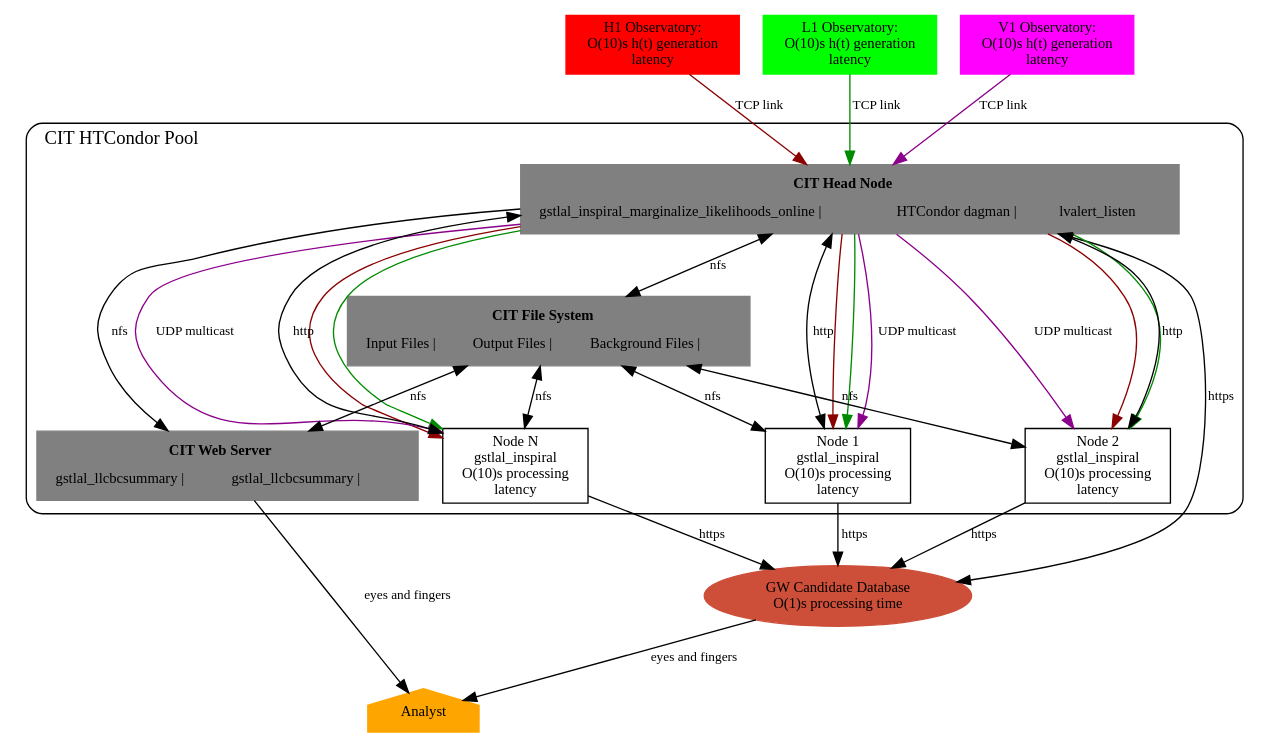
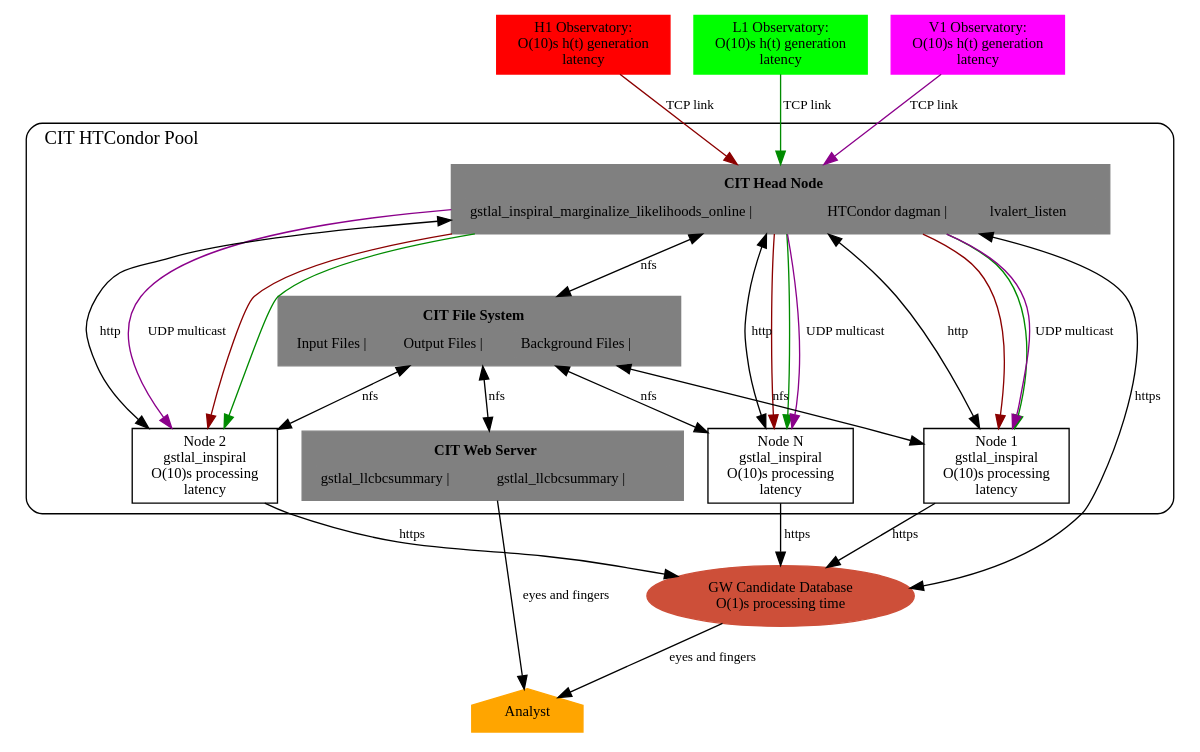
One commit to ElsevierSoftwareX/SOFTX_2020_238 changed the diagram in gstlal-inspiral/doc/pages/images/llpipe.dot. Above: the diagram before and after it, drawn with Graphviz.

Commit message:
llpipe.dot: fix incorrect link

```diff
--- a/gstlal-inspiral/doc/pages/images/llpipe.dot
+++ b/gstlal-inspiral/doc/pages/images/llpipe.dot
@@ -1,95 +1,94 @@
 digraph llpipe {
 	graph [fontname="Roman", fontsize=11];
 	edge [ fontname="Roman", fontsize=10 ];
 	node [fontname="Roman", shape=box, fontsize=11];
 
 	H1 [label="H1 Observatory:\nO(10)s h(t) generation\nlatency", color=red1, style=filled];
 	L1 [label="L1 Observatory:\nO(10)s h(t) generation\nlatency", color=green1, style=filled];
 	V1 [label="V1 Observatory:\nO(10)s h(t) generation\nlatency", color=magenta1, style=filled];
 
 	HeadNode [
 		style=filled, color=grey,
 		label = <<TABLE>
 			<TR><TD colspan="3"><B>CIT Head Node</B></TD></TR>
          		<TR>
 				<TD href="\ref gstlal_inspiral_marginalize_likelihoods_online"> gstlal_inspiral_marginalize_likelihoods_online | </TD>
 				<TD> HTCondor dagman | </TD>
 				<TD> lvalert_listen </TD>
 			</TR>
         		</TABLE>>
 		]
 
 	WebServer [
 		style=filled, color=grey,
 		label = <<TABLE>
 			<TR><TD colspan="3"><B>CIT Web Server</B></TD></TR>
          		<TR>
 				<TD href="\ref gstlal_llcbcsummary"> gstlal_llcbcsummary | </TD>
 				<TD href="\ref gstlal_llcbcnode"> gstlal_llcbcsummary | </TD>
 			</TR>
         		</TABLE>>
 		];
 
 	HomeDir [
 		style=filled, color=grey,
 		label = <<TABLE>
 			<TR><TD colspan="3"><B>CIT File System</B></TD></TR>
          		<TR>
 				<TD> Input Files | </TD>
 				<TD> Output Files | </TD>
 				<TD> Background Files | </TD>
 			</TR>
         		</TABLE>>
 		];
 
 	gracedb [label="GW Candidate Database\nO(1)s processing time", shape=oval, color=tomato3, style=filled];
 
 	H1 -> HeadNode [label="TCP link", color=red4];
 	L1 -> HeadNode [label="TCP link", color=green4];
 	V1 -> HeadNode [label="TCP link", color=magenta4];
 
 	Analyst [shape=house, style=filled, color=orange, URL="http://tinyurl.com/cgxkc25"];
 
 	subgraph clusterCIT { 
 
 		label="CIT HTCondor Pool";
 		fontsize = 14;
 		style=rounded;
 		labeljust="l";
 
 		Node1 [label="Node 1\ngstlal_inspiral\nO(10)s processing\nlatency", URL="\ref gstlal_inspiral"];
 		Node2 [label="Node 2\ngstlal_inspiral\nO(10)s processing\nlatency", URL="\ref gstlal_inspiral"];
 		NodeN [label="Node N\ngstlal_inspiral\nO(10)s processing\nlatency", URL="\ref gstlal_inspiral"];
 
 		HeadNode -> HomeDir [dir="both", label="nfs"] ;
 		HomeDir -> Node1 [dir="both", label="nfs"];
 		HomeDir -> Node2 [dir="both", label="nfs"];
 		HomeDir -> NodeN [dir="both", label="nfs"];
 		HomeDir -> WebServer [dir="both", label="nfs"];
 
 		HeadNode -> Node1 [color=red4];
 		HeadNode -> Node1 [color=green4];
 		HeadNode -> Node1 [color=magenta4, label="UDP multicast"];
 
 		HeadNode -> Node2 [color=red4];
 		HeadNode -> Node2 [color=green4];
 		HeadNode -> Node2 [color=magenta4, label="UDP multicast"];
 
 		HeadNode -> NodeN [color=red4];
 		HeadNode -> NodeN [color=green4];
 		HeadNode -> NodeN [color=magenta4, label="UDP multicast"];
 
 		Node1 -> HeadNode [dir=both, label="http"];
 		Node2 -> HeadNode [dir=both, label="http"];
 		NodeN -> HeadNode [dir=both, label="http"];
-		HeadNode -> WebServer [label="nfs"];
 
 	}
 
 	HeadNode -> gracedb [dir="both", label="https"] ;
 	Node1 -> gracedb [label="https"];
 	Node2 -> gracedb [label="https"];
 	NodeN -> gracedb [label="https"];
 	WebServer -> Analyst [label="eyes and fingers"];
 	gracedb -> Analyst [label="eyes and fingers"];
 }
```
